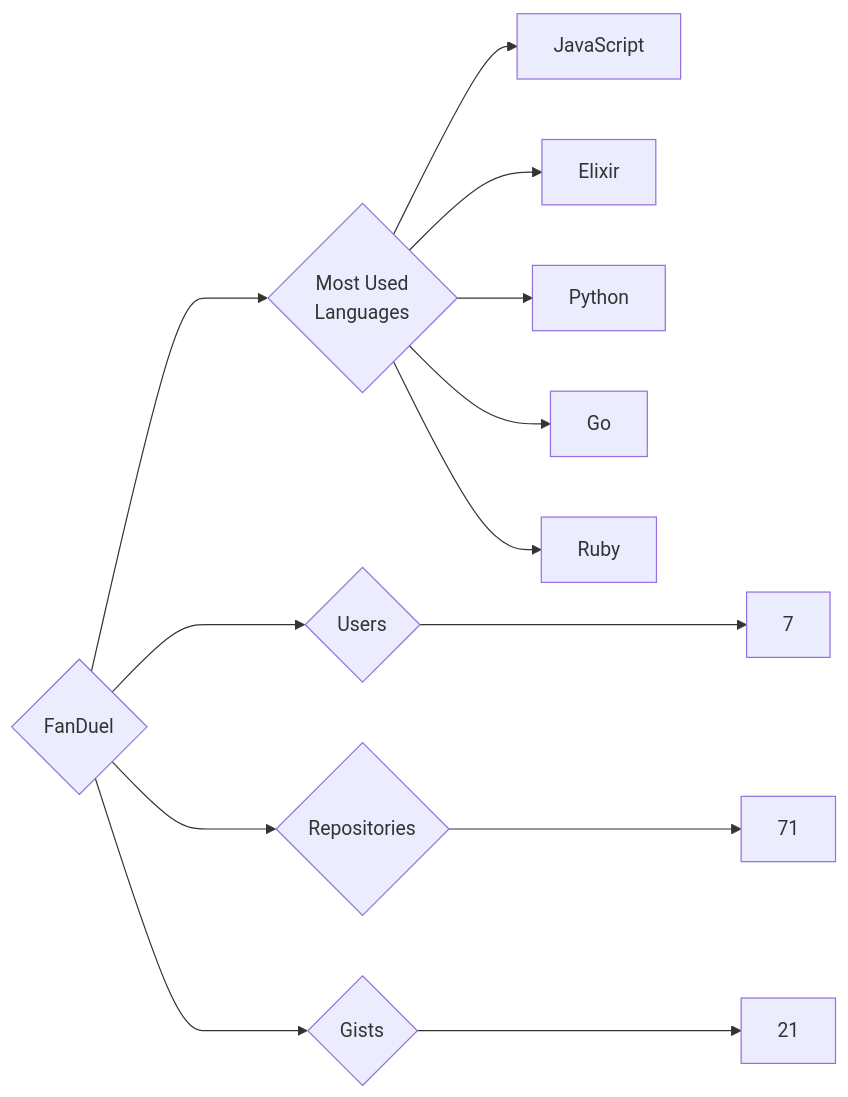
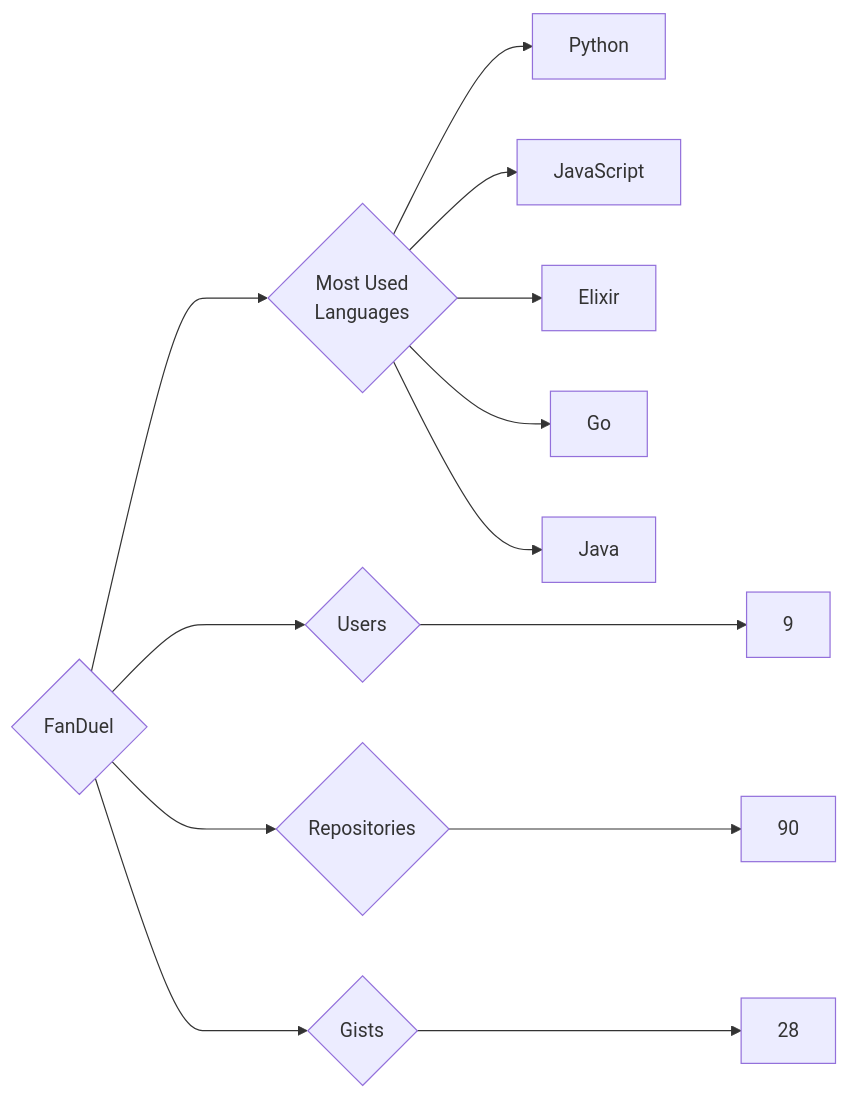
The diagram in targets/FanDuel/README.md (trickest/insiders), drawn with Mermaid before and after one commit. The commit also changed 998 other files, not shown here.

````diff
--- a/targets/FanDuel/README.md
+++ b/targets/FanDuel/README.md
@@ -3,13 +3,13 @@
 ```mermaid
 graph LR
 COMPANY_NAME{FanDuel}
-COMPANY_NAME ---> U{Users} ---> UN[7]
-COMPANY_NAME ---> R{Repositories} ---> RN[71]
-COMPANY_NAME ---> G{Gists} ---> GN[21]
+COMPANY_NAME ---> U{Users} ---> UN[9]
+COMPANY_NAME ---> R{Repositories} ---> RN[90]
+COMPANY_NAME ---> G{Gists} ---> GN[28]
 COMPANY_NAME ---> ML{Most Used<br>Languages}
+ML --> Python[Python]
 ML --> JavaScript[JavaScript]
 ML --> Elixir[Elixir]
-ML --> Python[Python]
 ML --> Go[Go]
-ML --> Ruby[Ruby]
+ML --> Java[Java]
 ```
````
